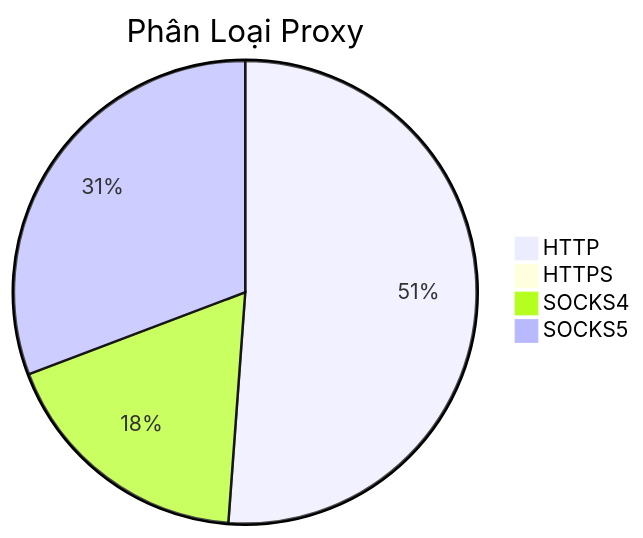
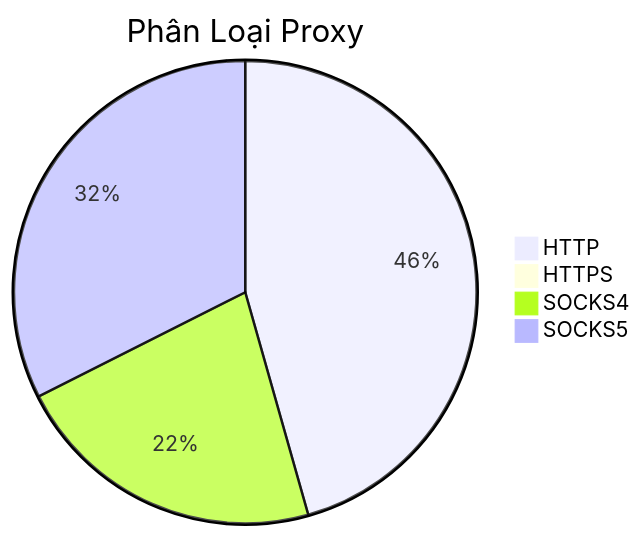
One commit to Ciara-12/PROXY-free changed the diagram in README.md. Above: the diagram before and after it, drawn with Mermaid. The commit also changed other lines of this file and 4 other files, not shown here.

````diff
--- a/README.md
+++ b/README.md
@@ -26,7 +26,7 @@
 ```mermaid
 pie title Phân Loại Proxy
-    "HTTP" : 637
-    "HTTPS" : 0
-    "SOCKS4" : 225
-    "SOCKS5" : 383
+    "HTTP" : 509
+    "HTTPS" : 1
+    "SOCKS4" : 245
+    "SOCKS5" : 362
 ```
````
